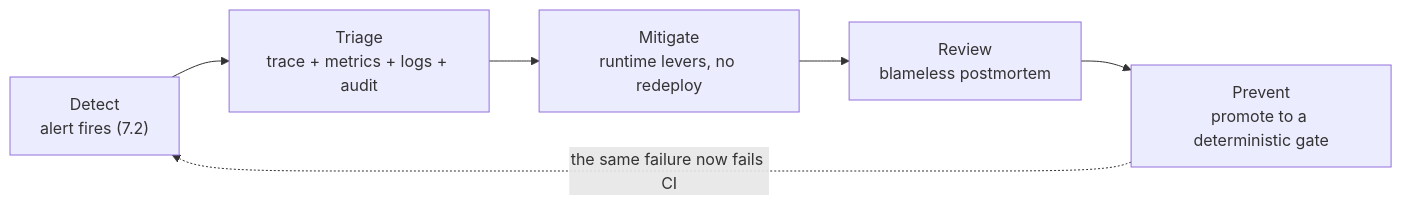
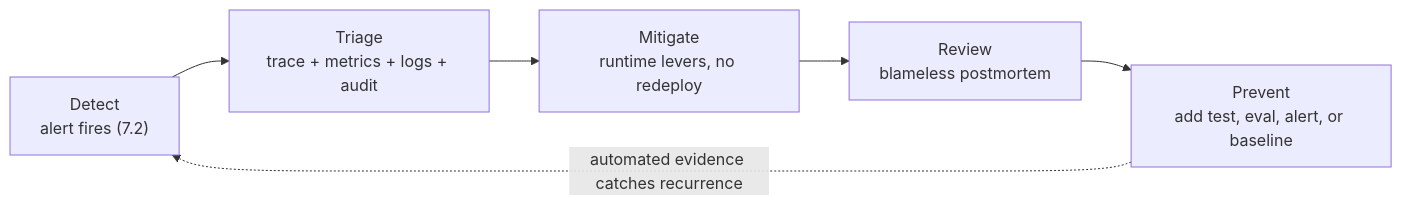
Before and after one commit to LuiGGi629/agentops-open-course: the first of 2 diagrams in docs/7. Observability/7.7. Incident Response.md, drawn with Mermaid. The commit also changed other lines of this file and 121 other files, not shown here.

````diff
--- a/docs/7. Observability/7.7. Incident Response.md
+++ b/docs/7. Observability/7.7. Incident Response.md
@@ -30,8 +30,8 @@
 ```mermaid
 flowchart LR
     Detect["Detect<br/>alert fires (7.2)"] --> Triage["Triage<br/>trace + metrics + logs + audit"]
     Triage --> Mitigate["Mitigate<br/>runtime levers, no redeploy"]
     Mitigate --> Review["Review<br/>blameless postmortem"]
-    Review --> Prevent["Prevent<br/>promote to a deterministic gate"]
-    Prevent -.->|"the same failure now fails CI"| Detect
+    Review --> Prevent["Prevent<br/>add test, eval, alert, or baseline"]
+    Prevent -.->|"automated evidence catches recurrence"| Detect
 ```
````
